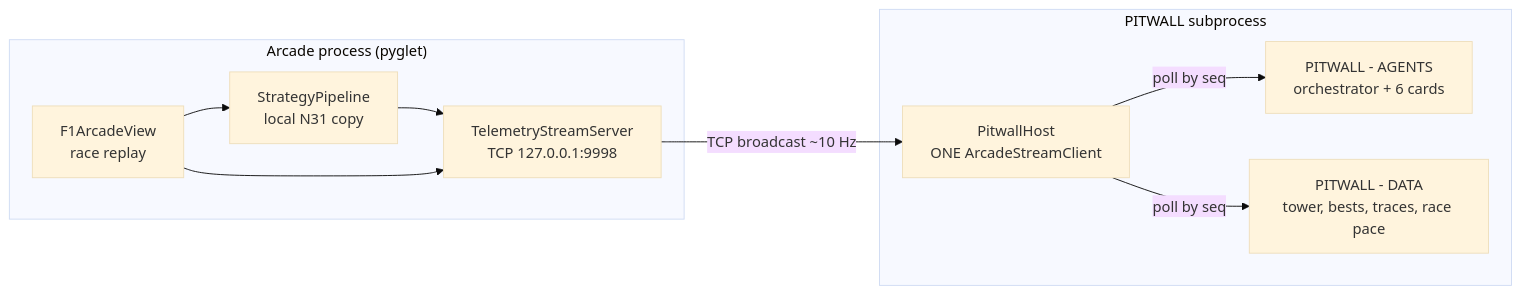
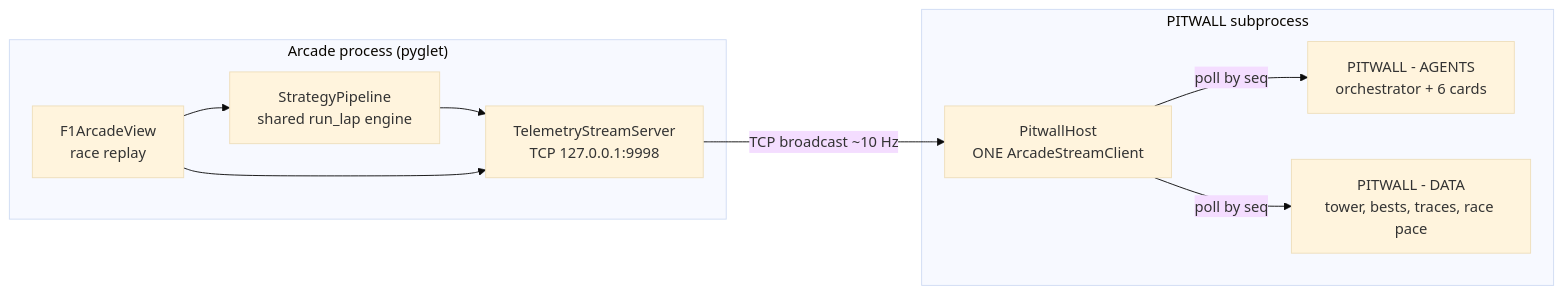
One commit to VforVitorio/F1-StratLab changed the second of 3 diagrams in docs/pages/multi-agent.md. Above: the diagram before and after it, drawn with Mermaid (base theme). The commit also changed other lines of this file and 16 other files, not shown here.

First line of the commit message:
docs(diagrams): align assets with current system contracts

````diff
--- a/docs/pages/multi-agent.md
+++ b/docs/pages/multi-agent.md
@@ -69,21 +69,21 @@
 ```mermaid
 graph LR
     subgraph arcade["Arcade process (pyglet)"]
         REPLAY[F1ArcadeView<br/>race replay]
-        PIPE[StrategyPipeline<br/>local N31 copy]
+        PIPE[StrategyPipeline<br/>shared run_lap engine]
         STREAM[TelemetryStreamServer<br/>TCP 127.0.0.1:9998]
     end
 
     subgraph pw["PITWALL subprocess"]
         HOST[PitwallHost<br/>ONE ArcadeStreamClient]
         AGENTS[PITWALL - AGENTS<br/>orchestrator + 6 cards]
         DATA[PITWALL - DATA<br/>tower, bests, traces, race pace]
         HOST -->|poll by seq| AGENTS
         HOST -->|poll by seq| DATA
     end
 
     REPLAY --> PIPE
     PIPE --> STREAM
     REPLAY --> STREAM
     STREAM -->|TCP broadcast ~10 Hz| HOST
 ```
````
